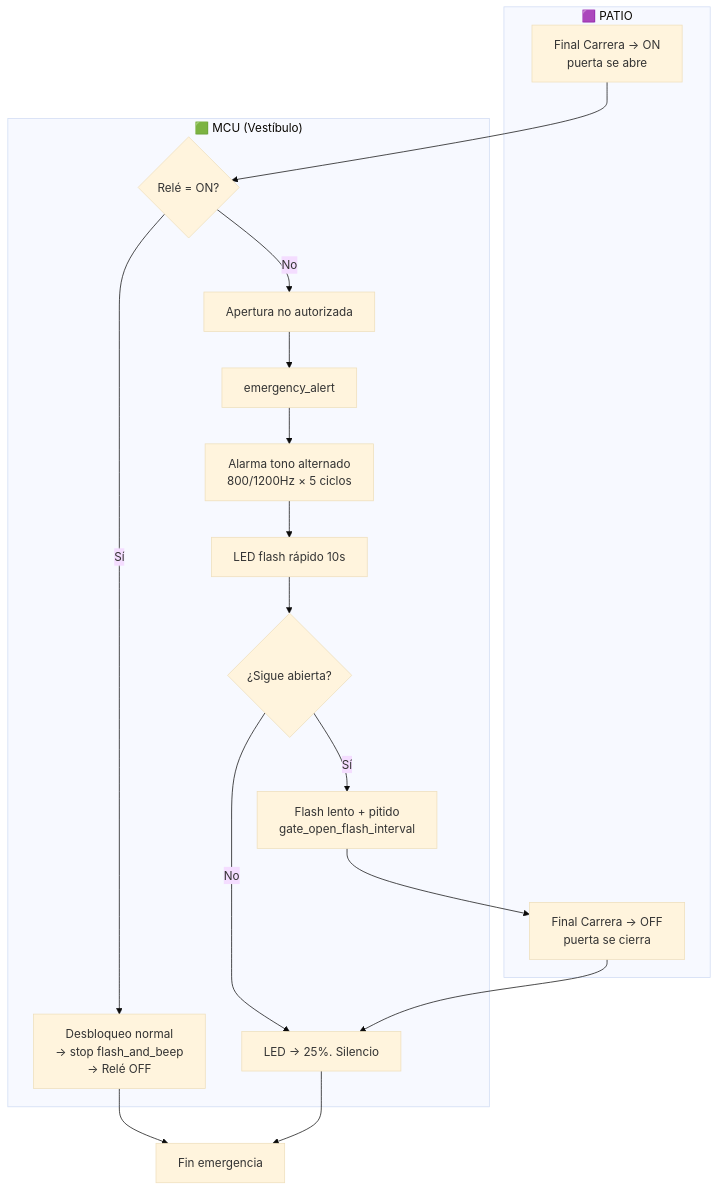
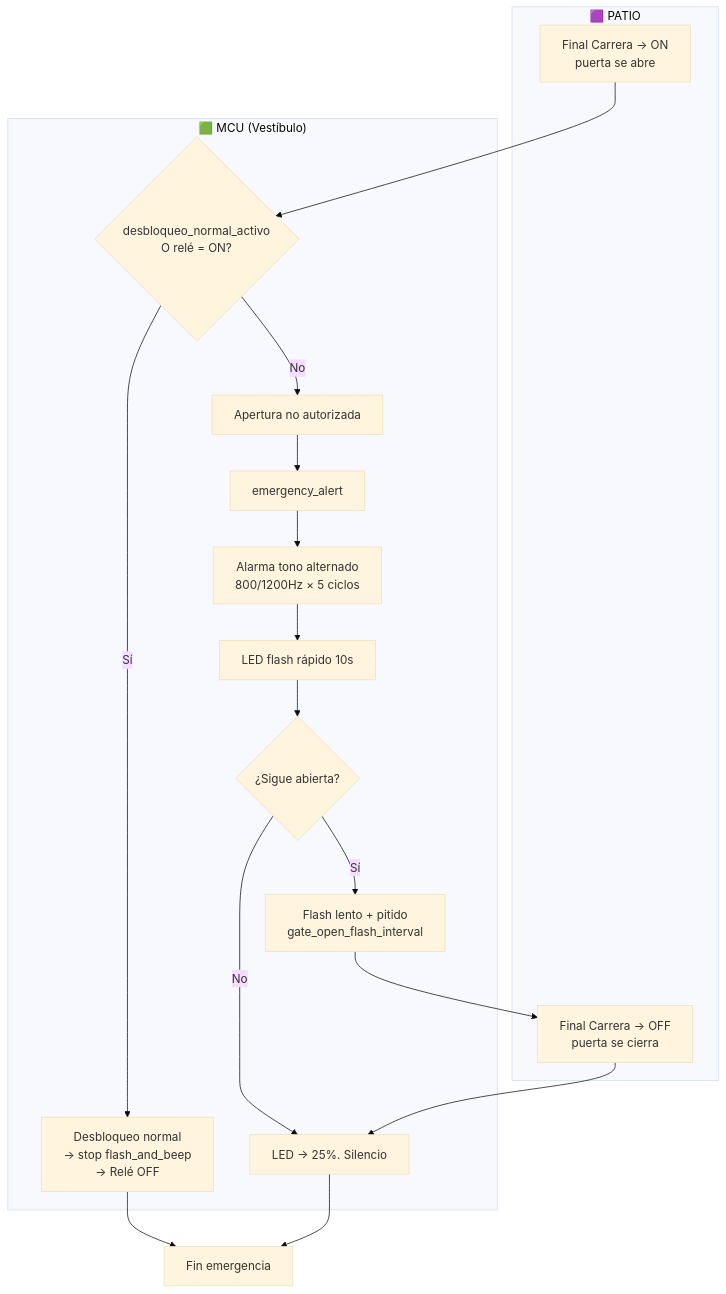
One commit to abelbour/Abrepuertas changed the tenth of 10 diagrams in SYSTEM_DEFINITION.md. Above: the diagram before and after it, drawn with Mermaid (base theme). The commit also changed other lines of this file, not shown here.

````diff
--- a/SYSTEM_DEFINITION.md
+++ b/SYSTEM_DEFINITION.md
@@ -572,25 +592,25 @@
 ```mermaid
 flowchart TD
     subgraph LOCK["🟪 PATIO"]
         FC_ON[Final Carrera → ON<br/>puerta se abre]
         FC_OFF[Final Carrera → OFF<br/>puerta se cierra]
     end
 
     subgraph MCU["🟩 MCU (Vestíbulo)"]
-        EVT{Relé = ON?}
+        EVT{desbloqueo_normal_activo<br/>O relé = ON?}
         EVT -- Sí --> NORMAL[Desbloqueo normal<br/>→ stop flash_and_beep<br/>→ Relé OFF]
         EVT -- No --> ALERT[Apertura no autorizada]
         ALERT --> EMERG[emergency_alert]
         EMERG --> ALARM[Alarma tono alternado<br/>800/1200Hz × 5 ciclos]
         ALARM --> FLASH[LED flash rápido 10s]
         FLASH --> CHECK{¿Sigue abierta?}
         CHECK -- Sí --> SLOW[Flash lento + pitido<br/>gate_open_flash_interval]
         CHECK -- No --> SILENT[LED → 25%. Silencio]
         SLOW --> FC_OFF
         FC_OFF --> SILENT
     end
 
     FC_ON --> EVT
     NORMAL --> FIN[Fin emergencia]
     SILENT --> FIN
 ```
````
